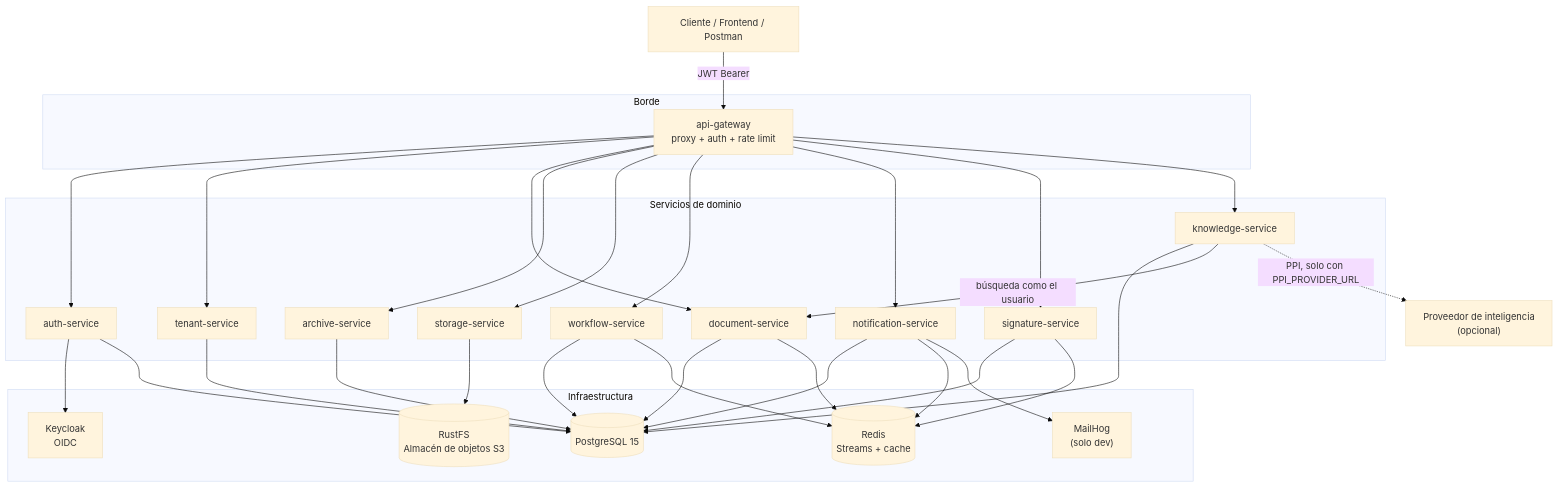
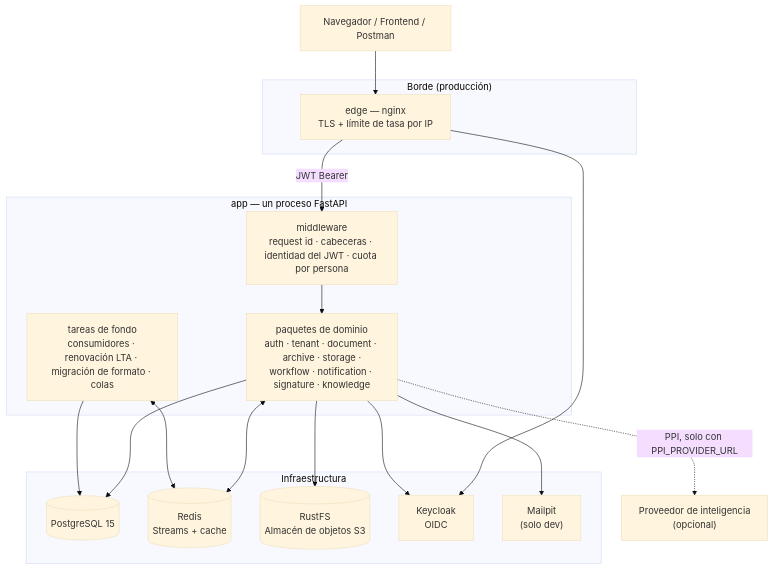
Before and after one commit to camilo1rp/docuboto: the first of 4 diagrams in docs/es/architecture.md, drawn with Mermaid (base theme). The commit also changed other lines of this file and 19 other files, not shown here.

````diff
--- a/docs/es/architecture.md
+++ b/docs/es/architecture.md
@@ -14,57 +16,35 @@
 ```mermaid
 graph TB
-    Cliente["Cliente / Frontend / Postman"]
+    Cliente["Navegador / Frontend / Postman"]
 
-    subgraph edge["Borde"]
-        GW["api-gateway<br/>proxy + auth + rate limit"]
+    subgraph borde["Borde (producción)"]
+        EDGE["edge — nginx<br/>TLS + límite de tasa por IP"]
     end
 
-    subgraph core["Servicios de dominio"]
-        AUTH["auth-service"]
-        TEN["tenant-service"]
-        DOC["document-service"]
-        ARC["archive-service"]
-        STO["storage-service"]
-        WF["workflow-service"]
-        NOT["notification-service"]
-        SIG["signature-service"]
-        KNO["knowledge-service"]
+    subgraph app["app — un proceso FastAPI"]
+        MW["middleware<br/>request id · cabeceras · identidad del JWT · cuota por persona"]
+        DOM["paquetes de dominio<br/>auth · tenant · document · archive · storage ·<br/>workflow · notification · signature · knowledge"]
+        BG["tareas de fondo<br/>consumidores · renovación LTA · migración de formato · colas"]
+        MW --> DOM
     end
 
     subgraph infra["Infraestructura"]
         PG[("PostgreSQL 15")]
         REDIS[("Redis<br/>Streams + cache")]
         MINIO[("RustFS<br/>Almacén de objetos S3")]
         KC["Keycloak<br/>OIDC"]
-        MAIL["MailHog<br/>(solo dev)"]
+        MAIL["Mailpit<br/>(solo dev)"]
     end
 
-    Cliente -->|JWT Bearer| GW
-    GW --> AUTH
-    GW --> TEN
-    GW --> DOC
-    GW --> ARC
-    GW --> STO
-    GW --> WF
-    GW --> NOT
-    GW --> SIG
-    GW --> KNO
-
-    AUTH --> KC
-    AUTH --> PG
-    TEN --> PG
-    DOC --> PG
-    DOC --> REDIS
-    ARC --> PG
-    STO --> MINIO
-    WF --> PG
-    WF --> REDIS
-    NOT --> PG
-    NOT --> REDIS
-    NOT --> MAIL
-    SIG --> PG
-    SIG --> REDIS
-    KNO --> PG
-    KNO -->|búsqueda como el usuario| DOC
-    KNO -.->|PPI, solo con PPI_PROVIDER_URL| PPI["Proveedor de inteligencia<br/>(opcional)"]
+    Cliente --> EDGE
+    EDGE -->|JWT Bearer| MW
+    EDGE --> KC
+    DOM --> PG
+    BG --> PG
+    DOM <--> REDIS
+    BG <--> REDIS
+    DOM --> MINIO
+    DOM --> KC
+    DOM --> MAIL
+    DOM -.->|PPI, solo con PPI_PROVIDER_URL| PPI["Proveedor de inteligencia<br/>(opcional)"]
 ```
````
